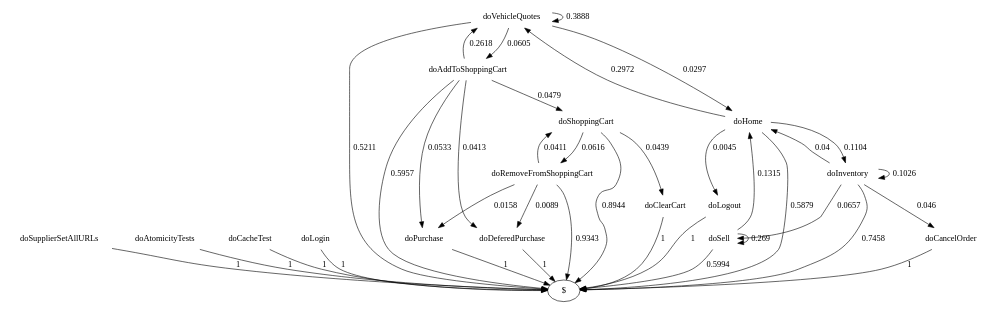
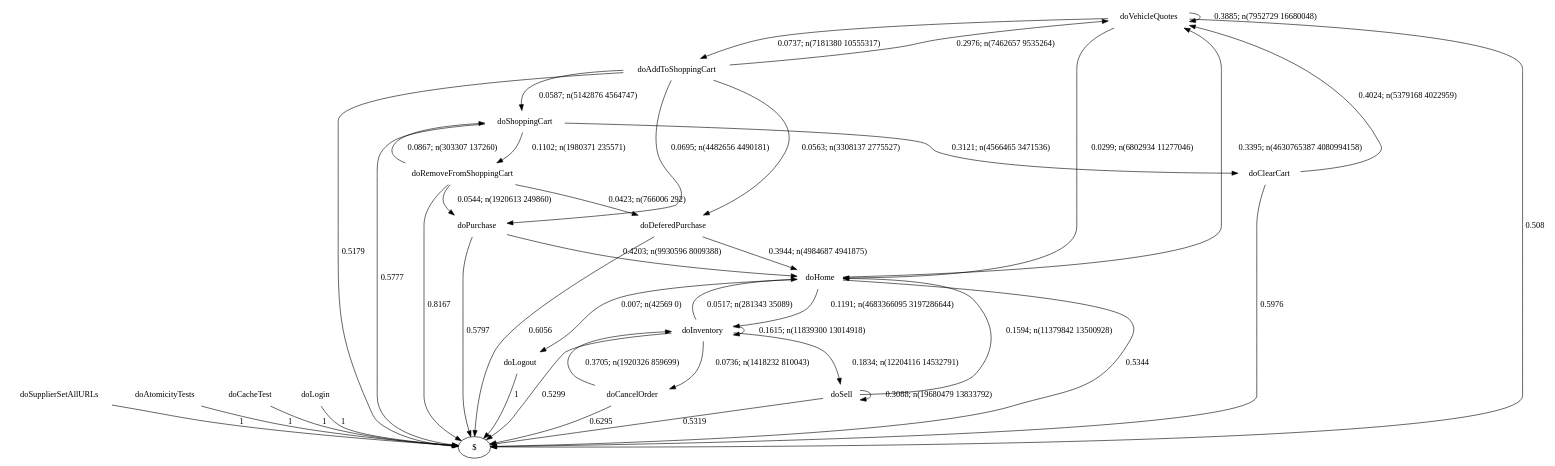
One commit to alperhi/wessbas.behaviorModelExtractor changed the diagram in examples/specj/output/gen_graph.dot. Above: the diagram before and after it, drawn with Graphviz. The commit also changed 7 other files, not shown here.

```diff
--- a/examples/specj/output/gen_graph.dot
+++ b/examples/specj/output/gen_graph.dot
@@ -1,55 +1,59 @@
 digraph G {
 "doSupplierSetAllURLs" [label="doSupplierSetAllURLs",shape=none];
 "doAtomicityTests" [label="doAtomicityTests",shape=none];
 "doCacheTest" [label="doCacheTest",shape=none];
 "doLogin" [label="doLogin",shape=none];
 "doVehicleQuotes" [label="doVehicleQuotes",shape=none];
 "doAddToShoppingCart" [label="doAddToShoppingCart",shape=none];
 "doDeferedPurchase" [label="doDeferedPurchase",shape=none];
 "doHome" [label="doHome",shape=none];
 "doShoppingCart" [label="doShoppingCart",shape=none];
 "doClearCart" [label="doClearCart",shape=none];
 "doPurchase" [label="doPurchase",shape=none];
 "doInventory" [label="doInventory",shape=none];
 "doSell" [label="doSell",shape=none];
 "doLogout" [label="doLogout",shape=none];
 "doCancelOrder" [label="doCancelOrder",shape=none];
 "doRemoveFromShoppingCart" [label="doRemoveFromShoppingCart",shape=none];
 "doSupplierSetAllURLs"->"$" [style=solid,label="1"];
 "doAtomicityTests"->"$" [style=solid,label="1"];
 "doCacheTest"->"$" [style=solid,label="1"];
 "doLogin"->"$" [style=solid,label="1"];
-"doVehicleQuotes"->"doVehicleQuotes" [style=solid,label="0.3888"];
-"doVehicleQuotes"->"doAddToShoppingCart" [style=solid,label="0.0605"];
-"doVehicleQuotes"->"doHome" [style=solid,label="0.0297"];
-"doVehicleQuotes"->"$" [style=solid,label="0.5211"];
-"doAddToShoppingCart"->"doVehicleQuotes" [style=solid,label="0.2618"];
-"doAddToShoppingCart"->"doDeferedPurchase" [style=solid,label="0.0413"];
-"doAddToShoppingCart"->"doShoppingCart" [style=solid,label="0.0479"];
-"doAddToShoppingCart"->"doPurchase" [style=solid,label="0.0533"];
-"doAddToShoppingCart"->"$" [style=solid,label="0.5957"];
-"doDeferedPurchase"->"$" [style=solid,label="1"];
-"doHome"->"doVehicleQuotes" [style=solid,label="0.2972"];
-"doHome"->"doInventory" [style=solid,label="0.1104"];
-"doHome"->"doLogout" [style=solid,label="0.0045"];
-"doHome"->"$" [style=solid,label="0.5879"];
-"doShoppingCart"->"doClearCart" [style=solid,label="0.0439"];
-"doShoppingCart"->"doRemoveFromShoppingCart" [style=solid,label="0.0616"];
-"doShoppingCart"->"$" [style=solid,label="0.8944"];
-"doClearCart"->"$" [style=solid,label="1"];
-"doPurchase"->"$" [style=solid,label="1"];
-"doInventory"->"doHome" [style=solid,label="0.04"];
-"doInventory"->"doInventory" [style=solid,label="0.1026"];
-"doInventory"->"doSell" [style=solid,label="0.0657"];
-"doInventory"->"doCancelOrder" [style=solid,label="0.046"];
-"doInventory"->"$" [style=solid,label="0.7458"];
-"doSell"->"doHome" [style=solid,label="0.1315"];
-"doSell"->"doSell" [style=solid,label="0.269"];
-"doSell"->"$" [style=solid,label="0.5994"];
+"doVehicleQuotes"->"doVehicleQuotes" [style=solid,label="0.3885; n(7952729 16680048)"];
+"doVehicleQuotes"->"doAddToShoppingCart" [style=solid,label="0.0737; n(7181380 10555317)"];
+"doVehicleQuotes"->"doHome" [style=solid,label="0.0299; n(6802934 11277046)"];
+"doVehicleQuotes"->"$" [style=solid,label="0.508"];
+"doAddToShoppingCart"->"doVehicleQuotes" [style=solid,label="0.2976; n(7462657 9535264)"];
+"doAddToShoppingCart"->"doDeferedPurchase" [style=solid,label="0.0563; n(3308137 2775527)"];
+"doAddToShoppingCart"->"doShoppingCart" [style=solid,label="0.0587; n(5142876 4564747)"];
+"doAddToShoppingCart"->"doPurchase" [style=solid,label="0.0695; n(4482656 4490181)"];
+"doAddToShoppingCart"->"$" [style=solid,label="0.5179"];
+"doDeferedPurchase"->"doHome" [style=solid,label="0.3944; n(4984687 4941875)"];
+"doDeferedPurchase"->"$" [style=solid,label="0.6056"];
+"doHome"->"doVehicleQuotes" [style=solid,label="0.3395; n(4630765387 4080994158)"];
+"doHome"->"doInventory" [style=solid,label="0.1191; n(4683366095 3197286644)"];
+"doHome"->"doLogout" [style=solid,label="0.007; n(42569 0)"];
+"doHome"->"$" [style=solid,label="0.5344"];
+"doShoppingCart"->"doClearCart" [style=solid,label="0.3121; n(4566465 3471536)"];
+"doShoppingCart"->"doRemoveFromShoppingCart" [style=solid,label="0.1102; n(1980371 235571)"];
+"doShoppingCart"->"$" [style=solid,label="0.5777"];
+"doClearCart"->"doVehicleQuotes" [style=solid,label="0.4024; n(5379168 4022959)"];
+"doClearCart"->"$" [style=solid,label="0.5976"];
+"doPurchase"->"doHome" [style=solid,label="0.4203; n(9930596 8009388)"];
+"doPurchase"->"$" [style=solid,label="0.5797"];
+"doInventory"->"doHome" [style=solid,label="0.0517; n(281343 35089)"];
+"doInventory"->"doInventory" [style=solid,label="0.1615; n(11839300 13014918)"];
+"doInventory"->"doSell" [style=solid,label="0.1834; n(12204116 14532791)"];
+"doInventory"->"doCancelOrder" [style=solid,label="0.0736; n(1418232 810043)"];
+"doInventory"->"$" [style=solid,label="0.5299"];
+"doSell"->"doHome" [style=solid,label="0.1594; n(11379842 13500928)"];
+"doSell"->"doSell" [style=solid,label="0.3088; n(19680479 13833792)"];
+"doSell"->"$" [style=solid,label="0.5319"];
 "doLogout"->"$" [style=solid,label="1"];
-"doCancelOrder"->"$" [style=solid,label="1"];
-"doRemoveFromShoppingCart"->"doDeferedPurchase" [style=solid,label="0.0089"];
-"doRemoveFromShoppingCart"->"doShoppingCart" [style=solid,label="0.0411"];
-"doRemoveFromShoppingCart"->"doPurchase" [style=solid,label="0.0158"];
-"doRemoveFromShoppingCart"->"$" [style=solid,label="0.9343"];
+"doCancelOrder"->"doInventory" [style=solid,label="0.3705; n(1920326 859699)"];
+"doCancelOrder"->"$" [style=solid,label="0.6295"];
+"doRemoveFromShoppingCart"->"doDeferedPurchase" [style=solid,label="0.0423; n(766006 292)"];
+"doRemoveFromShoppingCart"->"doShoppingCart" [style=solid,label="0.0867; n(303307 137260)"];
+"doRemoveFromShoppingCart"->"doPurchase" [style=solid,label="0.0544; n(1920613 249860)"];
+"doRemoveFromShoppingCart"->"$" [style=solid,label="0.8167"];
 }
```
